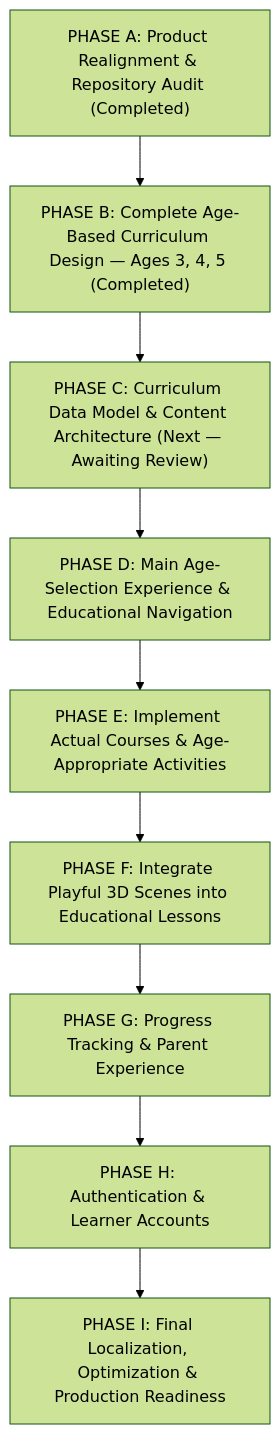
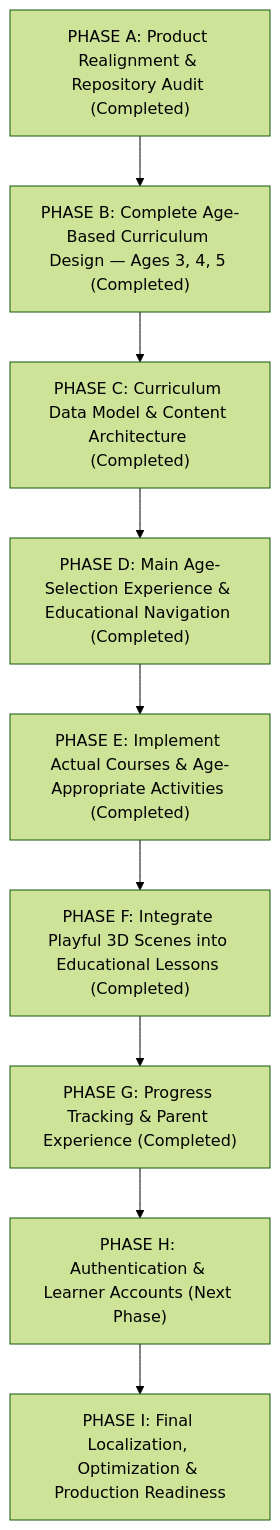
The diagram in ROADMAP.md (Ahmed1-Rebai/Nawwar), drawn with Mermaid (forest theme) before and after one commit. The commit also changed other lines of this file and 55 other files, not shown here.

Commit message:
feat(curriculum): implement ages 3-5 preschool curriculum, multi-modal activities, playful 3D .glb scenes, and organized UI

````diff
--- a/ROADMAP.md
+++ b/ROADMAP.md
@@ -11,14 +11,14 @@
 ```mermaid
 flowchart TD
     PA["PHASE A: Product Realignment & Repository Audit (Completed)"]
     PB["PHASE B: Complete Age-Based Curriculum Design — Ages 3, 4, 5 (Completed)"]
-    PC["PHASE C: Curriculum Data Model & Content Architecture (Next — Awaiting Review)"]
-    PD["PHASE D: Main Age-Selection Experience & Educational Navigation"]
-    PE["PHASE E: Implement Actual Courses & Age-Appropriate Activities"]
-    PF["PHASE F: Integrate Playful 3D Scenes into Educational Lessons"]
-    PG["PHASE G: Progress Tracking & Parent Experience"]
-    PH["PHASE H: Authentication & Learner Accounts"]
+    PC["PHASE C: Curriculum Data Model & Content Architecture (Completed)"]
+    PD["PHASE D: Main Age-Selection Experience & Educational Navigation (Completed)"]
+    PE["PHASE E: Implement Actual Courses & Age-Appropriate Activities (Completed)"]
+    PF["PHASE F: Integrate Playful 3D Scenes into Educational Lessons (Completed)"]
+    PG["PHASE G: Progress Tracking & Parent Experience (Completed)"]
+    PH["PHASE H: Authentication & Learner Accounts (Next Phase)"]
     PI["PHASE I: Final Localization, Optimization & Production Readiness"]
 
     PA --> PB --> PC --> PD --> PE --> PF --> PG --> PH --> PI
 ```
````
